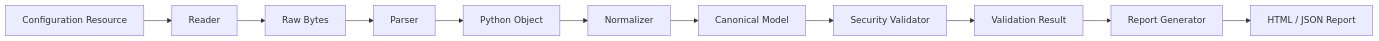
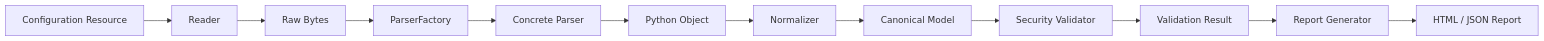
The second of 3 diagrams in README.md (truongtranit/security-configuration-inspector), drawn with Mermaid before and after one commit. The commit also changed other lines of this file and 9 other files, not shown here.

Commit message:
Implement ParserFactory with comprehensive unit tests.

````diff
--- a/README.md
+++ b/README.md
@@ -41,24 +41,26 @@
 ```mermaid
 flowchart LR
 
     A["Configuration Resource"]
-    --> B["Reader"]
+        --> B["Reader"]
 
     B --> C["Raw Bytes"]
 
-    C --> D["Parser"]
+    C --> D["ParserFactory"]
 
-    D --> E["Python Object"]
+    D --> E["Concrete Parser"]
 
-    E --> F["Normalizer"]
+    E --> F["Python Object"]
 
-    F --> G["Canonical Model"]
+    F --> G["Normalizer"]
 
-    G --> H["Security Validator"]
+    G --> H["Canonical Model"]
 
-    H --> I["Validation Result"]
+    H --> I["Security Validator"]
 
-    I --> J["Report Generator"]
+    I --> J["Validation Result"]
 
-    J --> K["HTML / JSON Report"]
+    J --> K["Report Generator"]
+
+    K --> L["HTML / JSON Report"]
 ```
````
